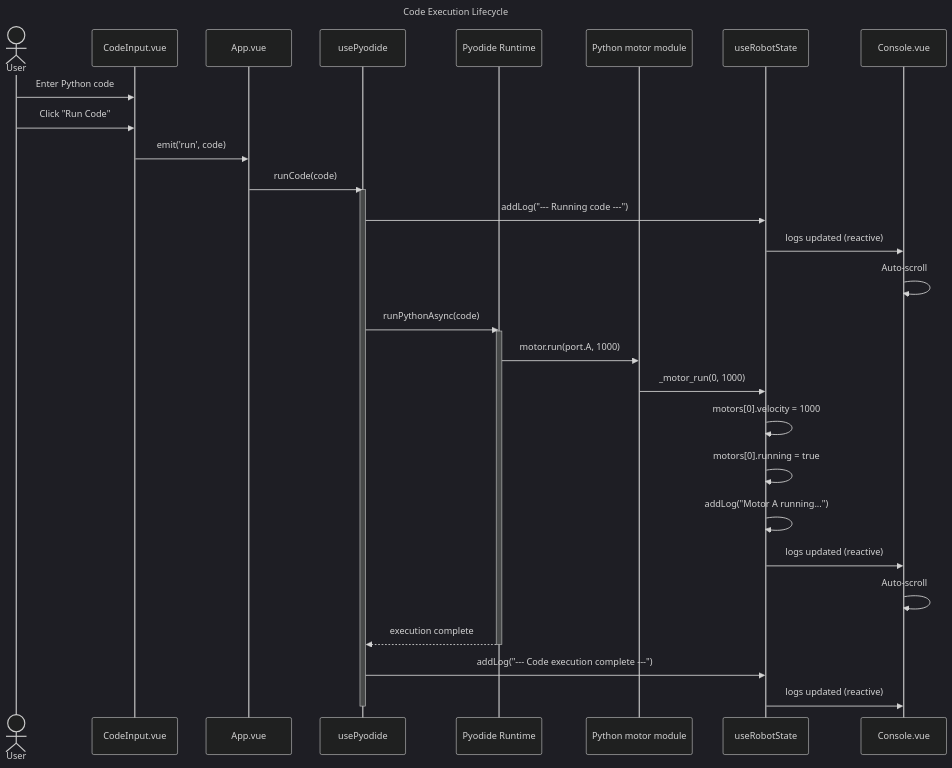
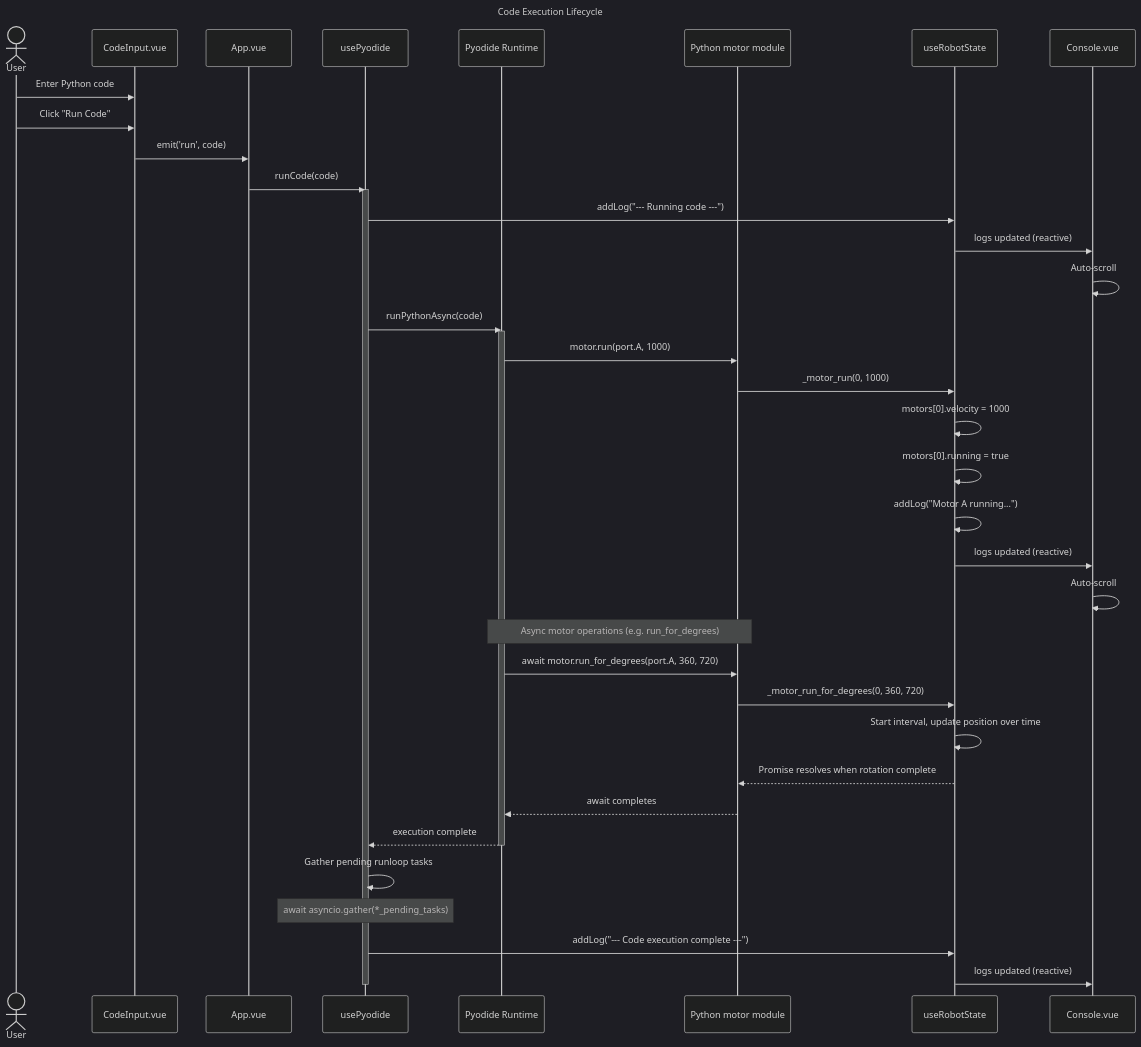
Before and after one commit to amanshaikh75/lego_spike_robot_simulator: the third of 7 diagrams in docs/code_description.md, drawn with Mermaid (dark theme). The commit also changed other lines of this file, not shown here.

First line of the commit message:
Update code_description.md with motor.run_for_degrees and runloop docs

````diff
--- a/docs/code_description.md
+++ b/docs/code_description.md
@@ -219,41 +225,51 @@
 ```mermaid
 sequenceDiagram
     title Code Execution Lifecycle
     actor User
     participant CodeInput as CodeInput.vue
     participant App as App.vue
     participant Pyodide as usePyodide
     participant Runtime as Pyodide Runtime
     participant Motor as Python motor module
     participant State as useRobotState
     participant Console as Console.vue
 
     User->>CodeInput: Enter Python code
     User->>CodeInput: Click "Run Code"
     CodeInput->>App: emit('run', code)
 
     App->>Pyodide: runCode(code)
     activate Pyodide
 
     Pyodide->>State: addLog("--- Running code ---")
     State->>Console: logs updated (reactive)
     Console->>Console: Auto-scroll
 
     Pyodide->>Runtime: runPythonAsync(code)
     activate Runtime
 
     Runtime->>Motor: motor.run(port.A, 1000)
     Motor->>State: _motor_run(0, 1000)
     State->>State: motors[0].velocity = 1000
     State->>State: motors[0].running = true
     State->>State: addLog("Motor A running...")
     State->>Console: logs updated (reactive)
     Console->>Console: Auto-scroll
 
+    Note over Runtime,Motor: Async motor operations (e.g. run_for_degrees)
+    Runtime->>Motor: await motor.run_for_degrees(port.A, 360, 720)
+    Motor->>State: _motor_run_for_degrees(0, 360, 720)
+    State->>State: Start interval, update position over time
+    State-->>Motor: Promise resolves when rotation complete
+    Motor-->>Runtime: await completes
+
     Runtime-->>Pyodide: execution complete
     deactivate Runtime
+
+    Pyodide->>Pyodide: Gather pending runloop tasks
+    Note over Pyodide: await asyncio.gather(*_pending_tasks)
 
     Pyodide->>State: addLog("--- Code execution complete ---")
     State->>Console: logs updated (reactive)
     deactivate Pyodide
 ```
````
